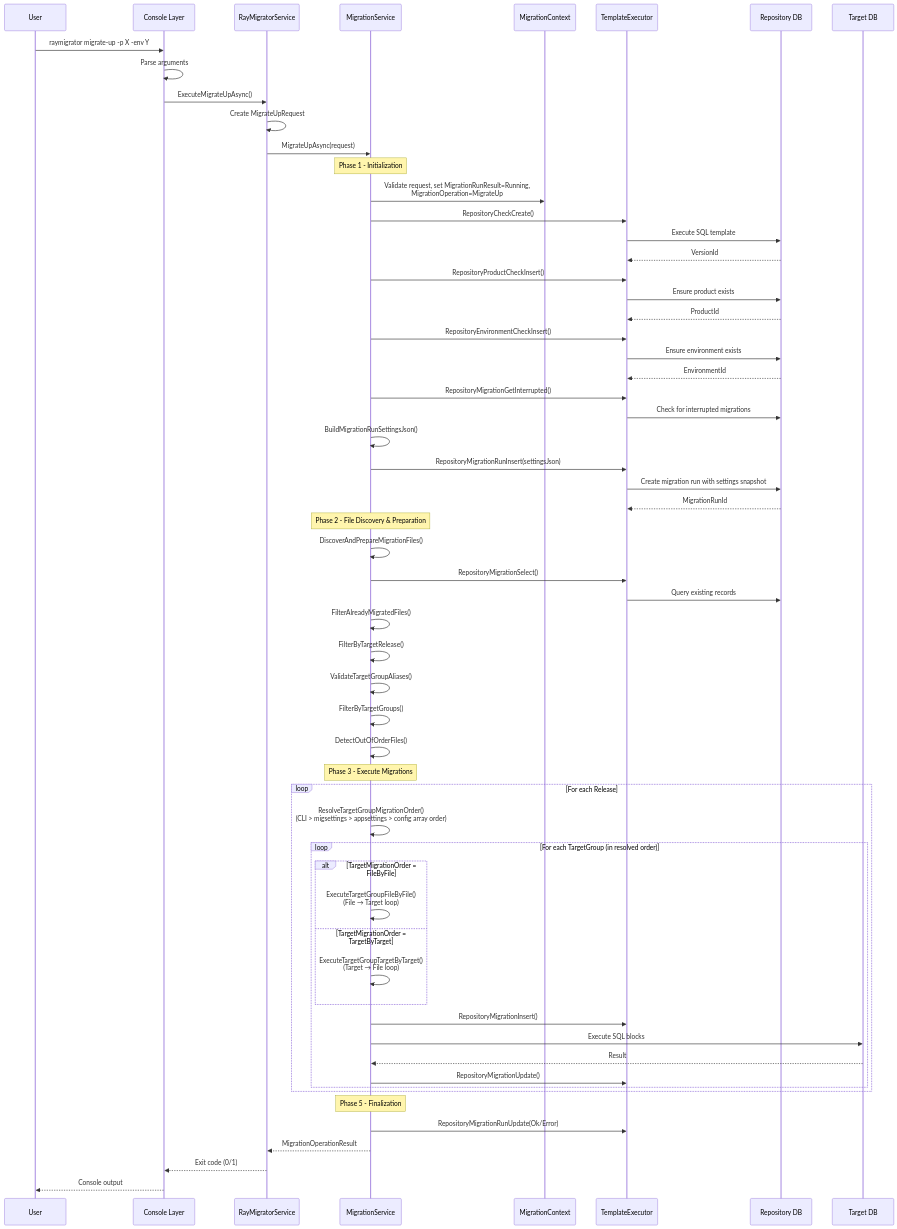
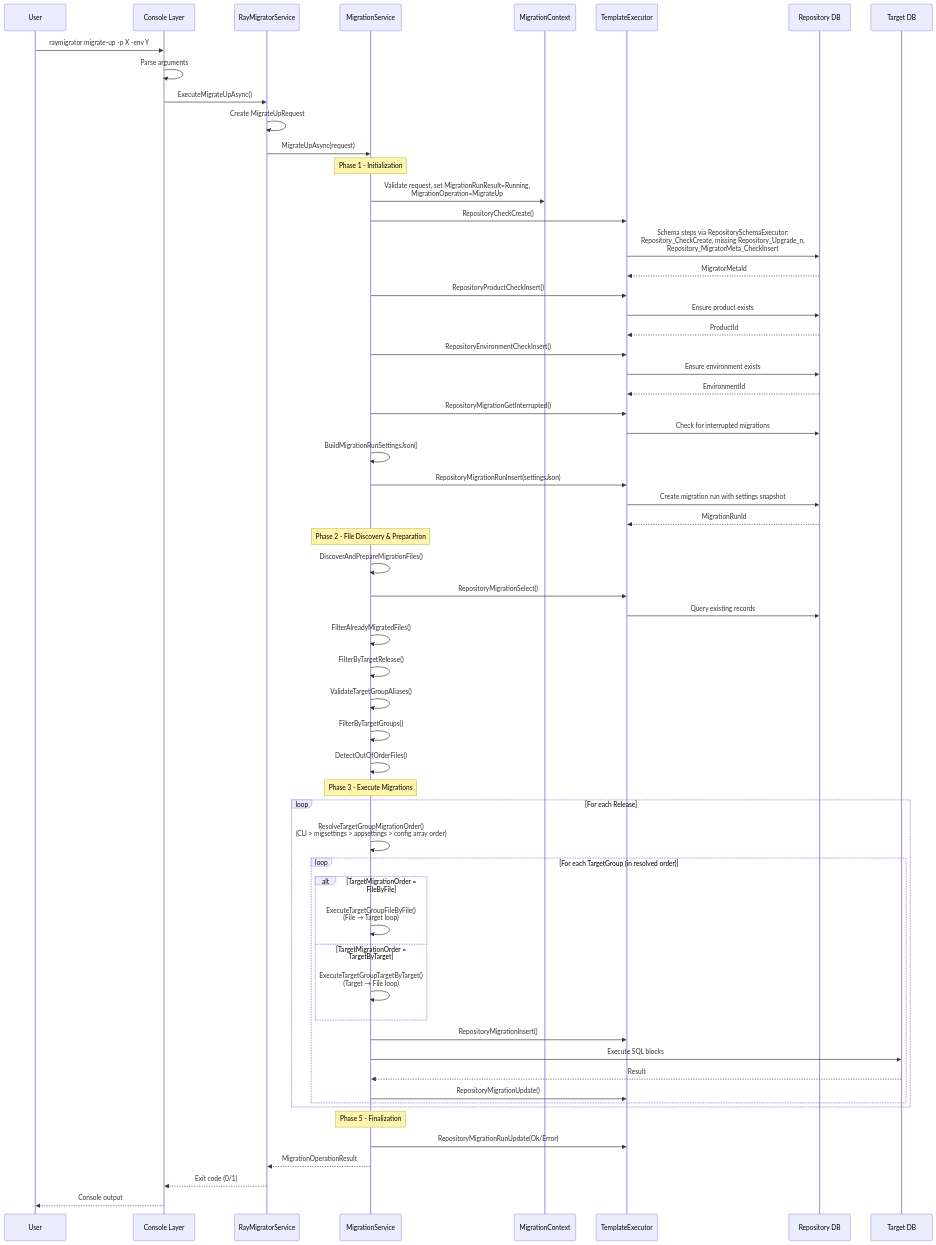
The first of 9 diagrams in Docs/01-architecture/data-flow.md (RAYCOON/RayMigrator), drawn with Mermaid before and after one commit. The commit also changed other lines of this file and 52 other files, not shown here.

````diff
--- a/Docs/01-architecture/data-flow.md
+++ b/Docs/01-architecture/data-flow.md
@@ -7,73 +7,73 @@
 ```mermaid
 sequenceDiagram
     participant User
     participant CLI as Console Layer
     participant Bridge as RayMigratorService
     participant Svc as MigrationService
     participant Ctx as MigrationContext
     participant Tmpl as TemplateExecutor
     participant Repo as Repository DB
     participant Target as Target DB
 
     User->>CLI: raymigrator migrate-up -p X -env Y
 
     CLI->>CLI: Parse arguments
     CLI->>Bridge: ExecuteMigrateUpAsync()
 
     Bridge->>Bridge: Create MigrateUpRequest
     Bridge->>Svc: MigrateUpAsync(request)
 
     Note over Svc: Phase 1 - Initialization
     Svc->>Ctx: Validate request, set MigrationRunResult=Running,<br/>MigrationOperation=MigrateUp
     Svc->>Tmpl: RepositoryCheckCreate()
-    Tmpl->>Repo: Execute SQL template
-    Repo-->>Tmpl: VersionId
+    Tmpl->>Repo: Schema steps via RepositorySchemaExecutor:<br/>Repository_CheckCreate, missing Repository_Upgrade_n,<br/>Repository_MigratorMeta_CheckInsert
+    Repo-->>Tmpl: MigratorMetaId
 
     Svc->>Tmpl: RepositoryProductCheckInsert()
     Tmpl->>Repo: Ensure product exists
     Repo-->>Tmpl: ProductId
 
     Svc->>Tmpl: RepositoryEnvironmentCheckInsert()
     Tmpl->>Repo: Ensure environment exists
     Repo-->>Tmpl: EnvironmentId
 
     Svc->>Tmpl: RepositoryMigrationGetInterrupted()
     Tmpl->>Repo: Check for interrupted migrations
 
     Svc->>Svc: BuildMigrationRunSettingsJson()
     Svc->>Tmpl: RepositoryMigrationRunInsert(settingsJson)
     Tmpl->>Repo: Create migration run with settings snapshot
     Repo-->>Tmpl: MigrationRunId
 
     Note over Svc: Phase 2 - File Discovery & Preparation
     Svc->>Svc: DiscoverAndPrepareMigrationFiles()
     Svc->>Tmpl: RepositoryMigrationSelect()
     Tmpl->>Repo: Query existing records
     Svc->>Svc: FilterAlreadyMigratedFiles()
     Svc->>Svc: FilterByTargetRelease()
     Svc->>Svc: ValidateTargetGroupAliases()
     Svc->>Svc: FilterByTargetGroups()
     Svc->>Svc: DetectOutOfOrderFiles()
 
     Note over Svc: Phase 3 - Execute Migrations
     loop For each Release
         Svc->>Svc: ResolveTargetGroupMigrationOrder()<br/>(CLI > migsettings > appsettings > config array order)
         loop For each TargetGroup (in resolved order)
             alt TargetMigrationOrder = FileByFile
                 Svc->>Svc: ExecuteTargetGroupFileByFile()<br/>(File → Target loop)
             else TargetMigrationOrder = TargetByTarget
                 Svc->>Svc: ExecuteTargetGroupTargetByTarget()<br/>(Target → File loop)
             end
             Svc->>Tmpl: RepositoryMigrationInsert()
             Svc->>Target: Execute SQL blocks
             Target-->>Svc: Result
             Svc->>Tmpl: RepositoryMigrationUpdate()
         end
     end
 
     Note over Svc: Phase 5 - Finalization
     Svc->>Tmpl: RepositoryMigrationRunUpdate(Ok/Error)
     Svc-->>Bridge: MigrationOperationResult
     Bridge-->>CLI: Exit code (0/1)
     CLI-->>User: Console output
 ```
````
